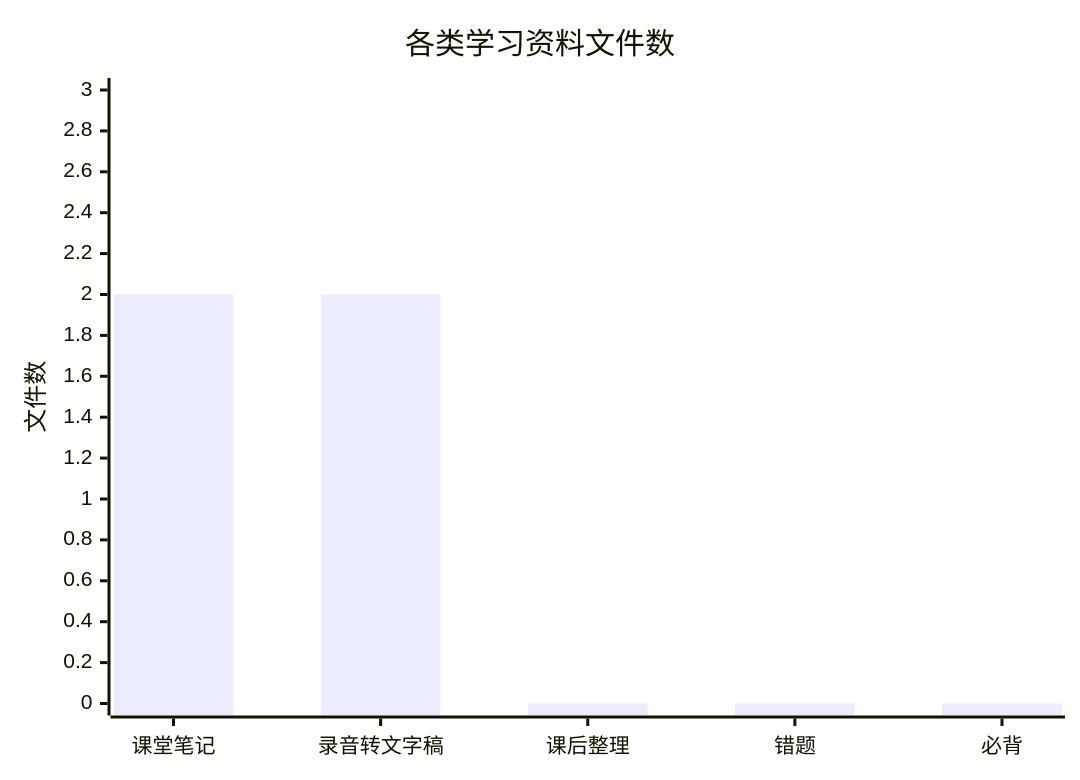
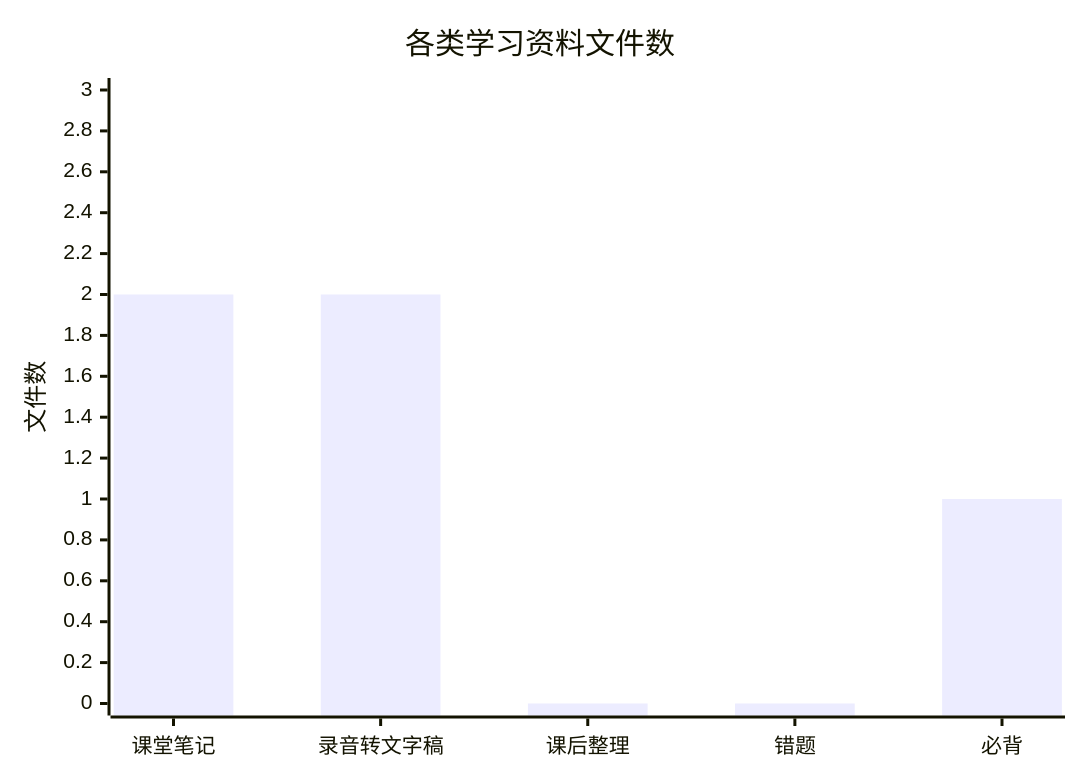
Before and after one commit to zhuchenyu2008/Learning-Library: the third of 3 diagrams in README.md, drawn with Mermaid. The commit also changed other lines of this file, not shown here.

````diff
--- a/README.md
+++ b/README.md
@@ -55,7 +55,7 @@
 ```mermaid
 xychart-beta
     title "各类学习资料文件数"
     x-axis ["课堂笔记", "录音转文字稿", "课后整理", "错题", "必背"]
     y-axis "文件数" 0 --> 3
-    bar [2, 2, 0, 0, 0]
+    bar [2, 2, 0, 0, 1]
 ```
````
